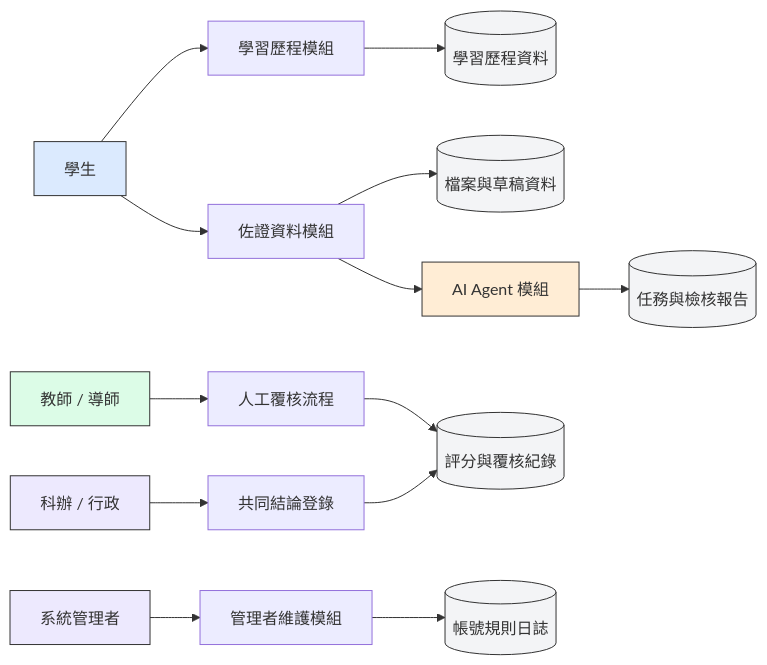
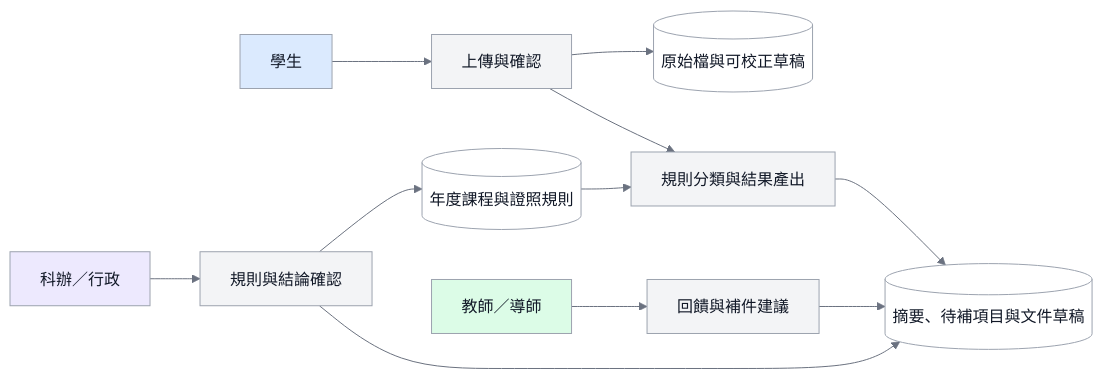
One commit to vujhdcusa/1028 changed the seventh of 8 diagrams in docs/04_圖表與介面/diagrams.md. Above: the diagram before and after it, drawn with Mermaid. The commit also changed other lines of this file and 16 other files, not shown here.

Commit message:
docs: correct learning portfolio flow diagrams

````diff
--- a/docs/04_圖表與介面/diagrams.md
+++ b/docs/04_圖表與介面/diagrams.md
@@ -275,21 +145,20 @@
 ```mermaid
+%%{init: {'theme':'base','themeVariables': {'fontFamily':'Microsoft JhengHei, Noto Sans TC, Arial, sans-serif','primaryColor':'#F3F4F6','primaryTextColor':'#111827','primaryBorderColor':'#9CA3AF','lineColor':'#6B7280','edgeLabelBackground':'#FFFFFF'}}}%%
 flowchart LR
-    classDef student fill:#DBEAFE,stroke:#333;
-    classDef teacher fill:#DCFCE7,stroke:#333;
-    classDef admin fill:#EDE9FE,stroke:#333;
-    classDef ai fill:#FFEDD5,stroke:#333;
-    classDef db fill:#F3F4F6,stroke:#333;
+    classDef user fill:#DBEAFE,stroke:#9CA3AF,color:#111827,stroke-width:1px;
+    classDef teacher fill:#DCFCE7,stroke:#9CA3AF,color:#111827,stroke-width:1px;
+    classDef staff fill:#EDE9FE,stroke:#9CA3AF,color:#111827,stroke-width:1px;
+    classDef process fill:#F3F4F6,stroke:#9CA3AF,color:#111827,stroke-width:1px;
+    classDef store fill:#FFFFFF,stroke:#9CA3AF,color:#111827,stroke-width:1px;
 
-    Student[學生]:::student --> P1[學習歷程模組]
-    P1 --> D1[(學習歷程資料)]:::db
-    Student --> P2[佐證資料模組]
-    P2 --> D2[(檔案與草稿資料)]:::db
-    P2 --> P3[AI Agent 模組]:::ai
-    P3 --> D3[(任務與檢核報告)]:::db
-    Teacher[教師 / 導師]:::teacher --> P4[人工覆核流程]
-    P4 --> D4[(評分與覆核紀錄)]:::db
-    Staff[科辦 / 行政]:::admin --> P6[共同結論登錄]
-    P6 --> D4
-    Admin[系統管理者]:::admin --> P5[管理者維護模組]
-    P5 --> D5[(帳號規則日誌)]:::db
+    Student[學生]:::user --> Upload[上傳與確認]:::process
+    Upload --> Files[(原始檔與可校正草稿)]:::store
+    Upload --> Classify[規則分類與結果產出]:::process
+    Rules[(年度課程與證照規則)]:::store --> Classify
+    Classify --> Result[(摘要、待補項目與文件草稿)]:::store
+    Teacher[教師／導師]:::teacher --> Feedback[回饋與補件建議]:::process
+    Feedback --> Result
+    Staff[科辦／行政]:::staff --> Confirm[規則與結論確認]:::process
+    Confirm --> Rules
+    Confirm --> Result
 ```
````
